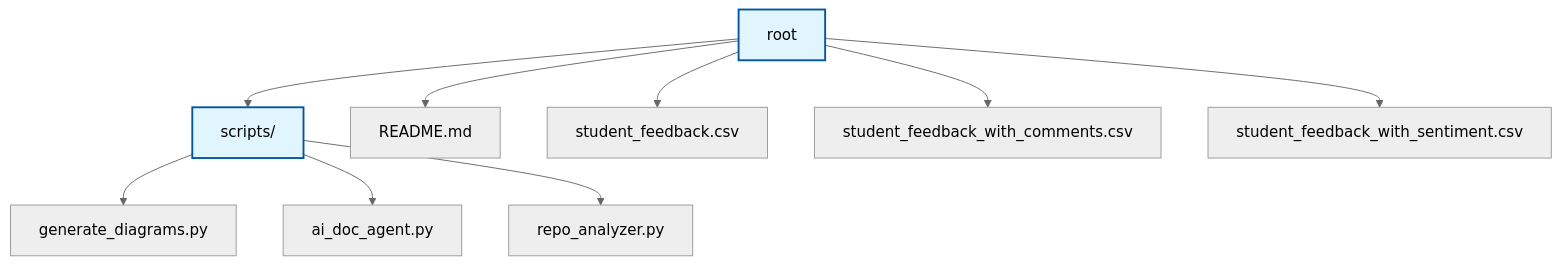
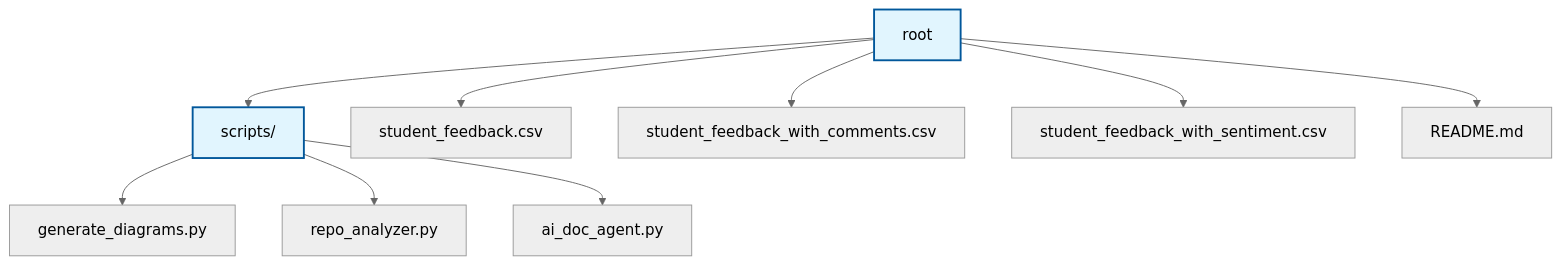
The diagram in README.md (NITISH-R-G/FUTURE_DS_03), drawn with Mermaid (neutral theme) before and after one commit.

Commit message:
docs: auto-update repository documentation and diagrams

````diff
--- a/README.md
+++ b/README.md
@@ -47,29 +47,29 @@
 ```mermaid
 graph TD
     node0["root"]:::folder
     node1["scripts/"]:::folder
     node0 --> node1
-    node2["README.md"]
+    node2["student_feedback.csv"]
     node0 --> node2
-    node3["student_feedback.csv"]
+    node3["student_feedback_with_comments.csv"]
     node0 --> node3
-    node4["student_feedback_with_comments.csv"]
+    node4["student_feedback_with_sentiment.csv"]
     node0 --> node4
-    node5["student_feedback_with_sentiment.csv"]
+    node5["README.md"]
     node0 --> node5
     node6["generate_diagrams.py"]
     node1 --> node6
-    node7["ai_doc_agent.py"]
+    node7["repo_analyzer.py"]
     node1 --> node7
-    node8["repo_analyzer.py"]
+    node8["ai_doc_agent.py"]
     node1 --> node8
     classDef folder fill:#e1f5fe,stroke:#01579b,stroke-width:2px;
     click node1 "scripts" "View scripts"
-    click node2 "README.md" "View README.md"
-    click node3 "student_feedback.csv" "View student_feedback.csv"
-    click node4 "student_feedback_with_comments.csv" "View student_feedback_with_comments.csv"
-    click node5 "student_feedback_with_sentiment.csv" "View student_feedback_with_sentiment.csv"
+    click node2 "student_feedback.csv" "View student_feedback.csv"
+    click node3 "student_feedback_with_comments.csv" "View student_feedback_with_comments.csv"
+    click node4 "student_feedback_with_sentiment.csv" "View student_feedback_with_sentiment.csv"
+    click node5 "README.md" "View README.md"
     click node6 "scripts/generate_diagrams.py" "View generate_diagrams.py"
-    click node7 "scripts/ai_doc_agent.py" "View ai_doc_agent.py"
-    click node8 "scripts/repo_analyzer.py" "View repo_analyzer.py"
+    click node7 "scripts/repo_analyzer.py" "View repo_analyzer.py"
+    click node8 "scripts/ai_doc_agent.py" "View ai_doc_agent.py"
 ```
````
